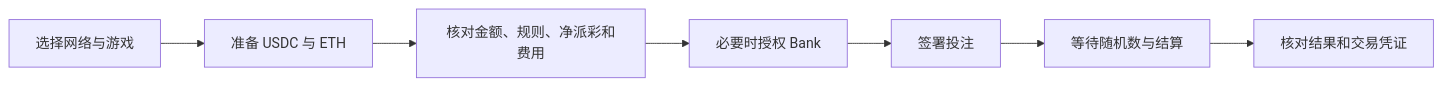
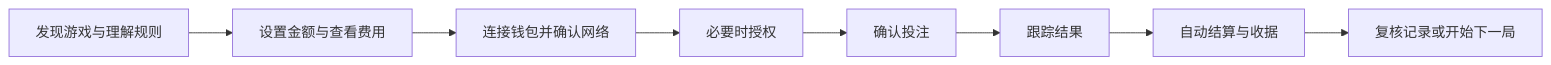
One commit to arbigamefi/ssot_BBOG changed the second of 2 diagrams in docs/WHITEPAPER.product.zh-CN.md. Above: the diagram before and after it, drawn with Mermaid. The commit also changed other lines of this file and 6 other files, not shown here.

Commit message:
docs: restore whitepapers as project design and roadmap

````diff
--- a/docs/WHITEPAPER.product.zh-CN.md
+++ b/docs/WHITEPAPER.product.zh-CN.md
@@ -42,9 +89,10 @@
 ```mermaid
 flowchart LR
-  A[选择网络与游戏] --> B[准备 USDC 与 ETH]
-  B --> C[核对金额、规则、净派彩和费用]
-  C --> D[必要时授权 Bank]
-  D --> E[签署投注]
-  E --> F[等待随机数与结算]
-  F --> G[核对结果和交易凭证]
+  A[发现游戏与理解规则] --> B[设置金额与查看费用]
+  B --> C[连接钱包并确认网络]
+  C --> D[必要时授权]
+  D --> E[确认投注]
+  E --> F[跟踪结果]
+  F --> G[自动结算与收据]
+  G --> H[复核记录或开始下一局]
 ```
````
